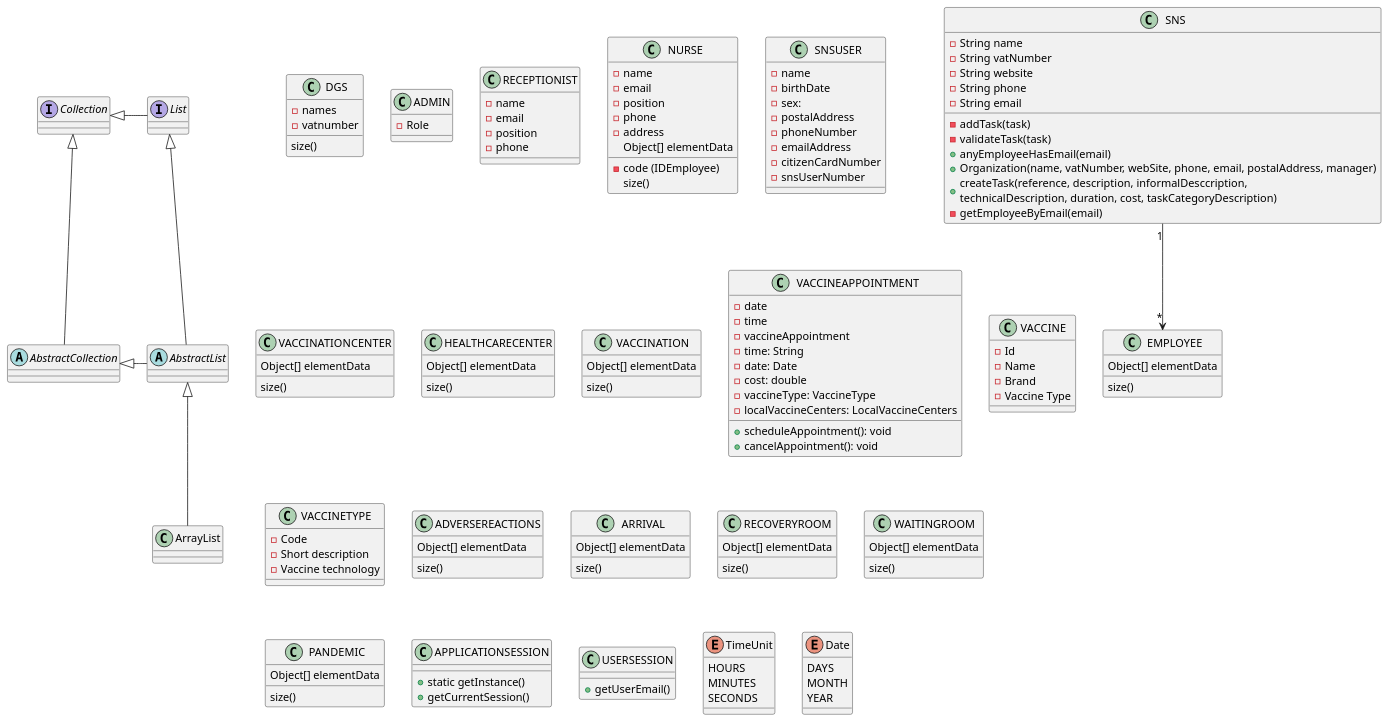
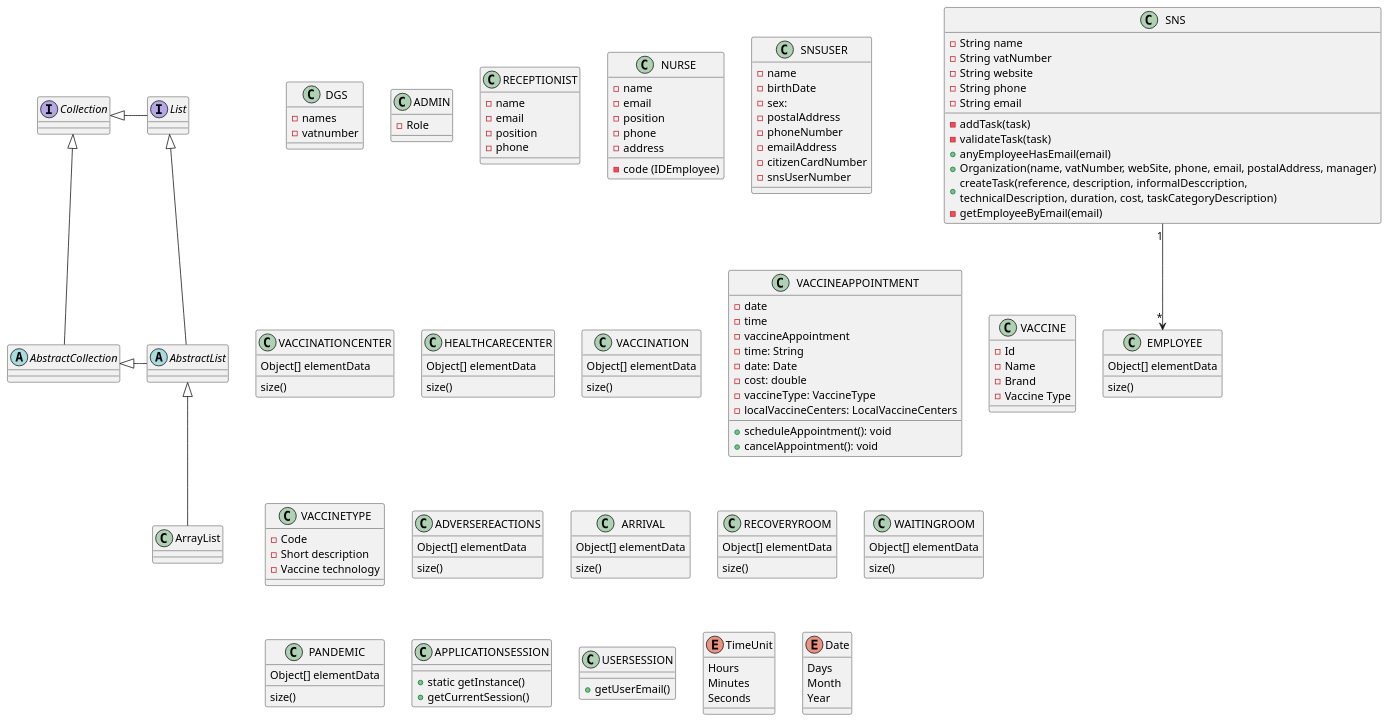
The diagram in src/main/puml/DomainBase/dados.puml (veracunha12/BaseDadosDomain), drawn with PlantUML before and after one commit.

```diff
--- a/src/main/puml/DomainBase/dados.puml
+++ b/src/main/puml/DomainBase/dados.puml
@@ -1,158 +1,156 @@
 @startuml
 'https://plantuml.com/class-diagram
 
 abstract class AbstractList
 abstract AbstractCollection
 interface List
 interface Collection
 
 List <|-- AbstractList
 Collection <|-- AbstractCollection
 
 Collection <|- List
 AbstractCollection <|- AbstractList
 AbstractList <|-- ArrayList
 
 SNS "1" --> "*" EMPLOYEE
 
 
 
 
 
 
 class DGS {
     - names
     -vatnumber
-     size()
 }
 
 class SNS {
   - String name
     - String vatNumber
     - String website
     - String phone
     - String email
 
     - addTask(task)
     - validateTask(task)
     + anyEmployeeHasEmail(email)
     + Organization(name, vatNumber, webSite, phone, email, postalAddress, manager)
     + createTask(reference, description, informalDesccription,\ntechnicalDescription, duration, cost, taskCategoryDescription)
     - getEmployeeByEmail(email)
 
 }
 class EMPLOYEE {
 Object[] elementData
 size()
 }
 class ADMIN {
 -Role
 
 }
 class RECEPTIONIST {
  - name
  - email
  - position
  - phone
 }
 class NURSE {
    -name
    - email
    - position
    - phone
    -address
    - code (IDEmployee)
-Object[] elementData
-size()
+
 }
 class SNSUSER {
 - name
 - birthDate
 - sex:
 - postalAddress
 - phoneNumber
 - emailAddress
 - citizenCardNumber
 - snsUserNumber
 }
 class VACCINATIONCENTER {
 Object[] elementData
 size()
 }
 class HEALTHCARECENTER {
 Object[] elementData
 size()
 }
 class VACCINATION {
 Object[] elementData
 size()
 }
 class VACCINEAPPOINTMENT {
 - date
 - time
 - vaccineAppointment
 }
 class VACCINE {
 -Id
 -Name
 -Brand
 -Vaccine Type
 }
 class VACCINETYPE{
  -Code
  -Short description
  -Vaccine technology
 }
 class VACCINEAPPOINTMENT {
     - time: String
     - date: Date
     - cost: double
     - vaccineType: VaccineType
     - localVaccineCenters: LocalVaccineCenters
 
     + scheduleAppointment(): void
     + cancelAppointment(): void
 
 }
 class ADVERSEREACTIONS {
 Object[] elementData
 size()
 }
 class ARRIVAL{
 Object[] elementData
 size()
 }
 class RECOVERYROOM{
 Object[] elementData
 size()
 }
 class WAITINGROOM {
 Object[] elementData
 size()
 }
 class PANDEMIC {
 Object[] elementData
 size()
 }
 class APPLICATIONSESSION{
     + static getInstance()
     + getCurrentSession()
 
 }
 class USERSESSION {
 + getUserEmail()
 
 }
 enum TimeUnit {
-HOURS
-MINUTES
-SECONDS
+Hours
+Minutes
+Seconds
 }
 
 enum Date {
-DAYS
-MONTH
-YEAR
+Days
+Month
+Year
 }
 
 @enduml
```
